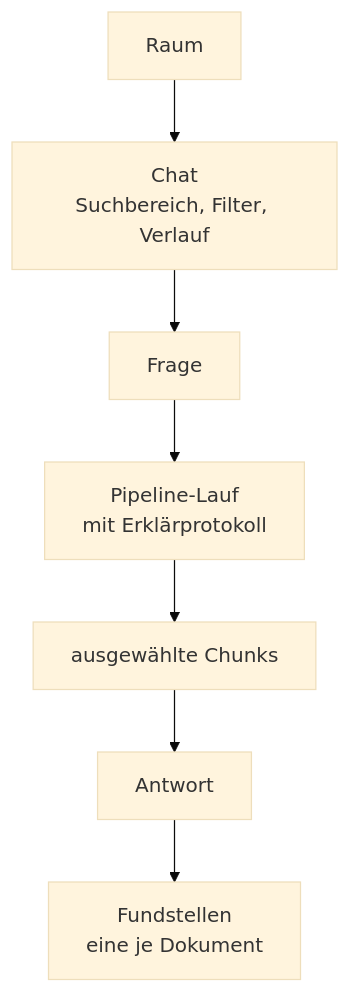
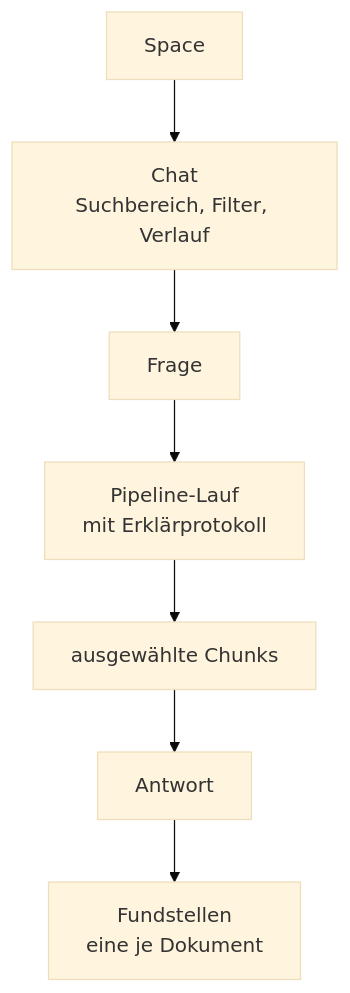
One commit to criew/opaa changed the second of 4 diagrams in docs/handbuch/suche.md. Above: the diagram before and after it, drawn with Mermaid (base theme). The commit also changed other lines of this file and 5 other files, not shown here.

First line of the commit message:
docs(handbuch): durchgehend „Space" statt „Raum"

````diff
--- a/docs/handbuch/suche.md
+++ b/docs/handbuch/suche.md
@@ -255,9 +255,9 @@
 ```mermaid
 flowchart TB
-    R[Raum] --> C[Chat<br/>Suchbereich, Filter, Verlauf]
+    R[Space] --> C[Chat<br/>Suchbereich, Filter, Verlauf]
     C --> Q[Frage]
     Q --> P[Pipeline-Lauf<br/>mit Erklärprotokoll]
     P --> K[ausgewählte Chunks]
     K --> AW[Antwort]
     AW --> FS[Fundstellen<br/>eine je Dokument]
 ```
````
